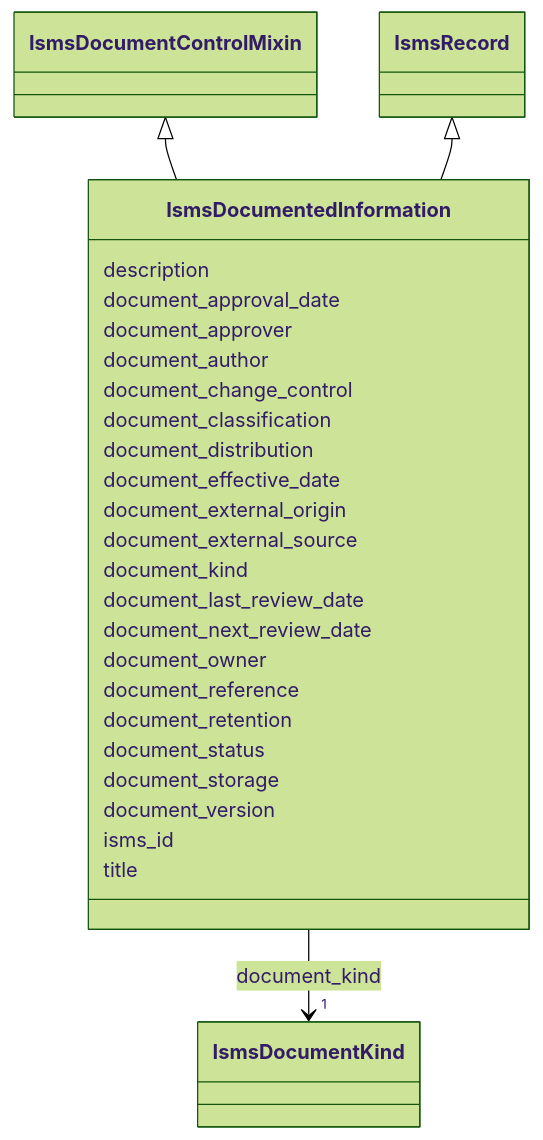
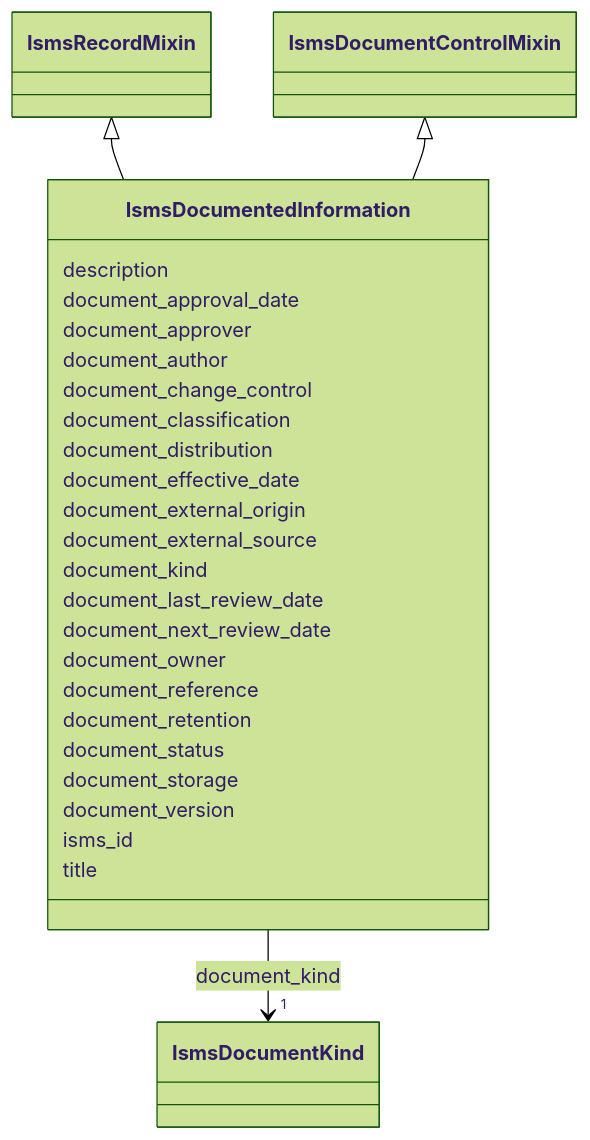
One commit to lmodel/iso27001 changed the diagram in project/mermaid/IsmsDocumentedInformation.md. Above: the diagram before and after it, drawn with Mermaid (forest theme). The commit also changed 171 other files, not shown here.

Commit message:
refactor(schema): make the record base a mixin so adapt can root records

````diff
--- a/project/mermaid/IsmsDocumentedInformation.md
+++ b/project/mermaid/IsmsDocumentedInformation.md
@@ -4,62 +4,62 @@
 ```mermaid
  classDiagram
     class IsmsDocumentedInformation
     click IsmsDocumentedInformation href "../IsmsDocumentedInformation"
+      IsmsRecordMixin <|-- IsmsDocumentedInformation
+        click IsmsRecordMixin href "../IsmsRecordMixin"
       IsmsDocumentControlMixin <|-- IsmsDocumentedInformation
         click IsmsDocumentControlMixin href "../IsmsDocumentControlMixin"
-      IsmsRecord <|-- IsmsDocumentedInformation
-        click IsmsRecord href "../IsmsRecord"
       
       IsmsDocumentedInformation : description
         
       IsmsDocumentedInformation : document_approval_date
         
       IsmsDocumentedInformation : document_approver
         
       IsmsDocumentedInformation : document_author
         
       IsmsDocumentedInformation : document_change_control
         
       IsmsDocumentedInformation : document_classification
         
       IsmsDocumentedInformation : document_distribution
         
       IsmsDocumentedInformation : document_effective_date
         
       IsmsDocumentedInformation : document_external_origin
         
       IsmsDocumentedInformation : document_external_source
         
       IsmsDocumentedInformation : document_kind
         
           
     
         
         
         IsmsDocumentedInformation --> "1" IsmsDocumentKind : document_kind
         click IsmsDocumentKind href "../IsmsDocumentKind"
     
 
         
       IsmsDocumentedInformation : document_last_review_date
         
       IsmsDocumentedInformation : document_next_review_date
         
       IsmsDocumentedInformation : document_owner
         
       IsmsDocumentedInformation : document_reference
         
       IsmsDocumentedInformation : document_retention
         
       IsmsDocumentedInformation : document_status
         
       IsmsDocumentedInformation : document_storage
         
       IsmsDocumentedInformation : document_version
         
       IsmsDocumentedInformation : isms_id
         
       IsmsDocumentedInformation : title
         
       
 ```
````
